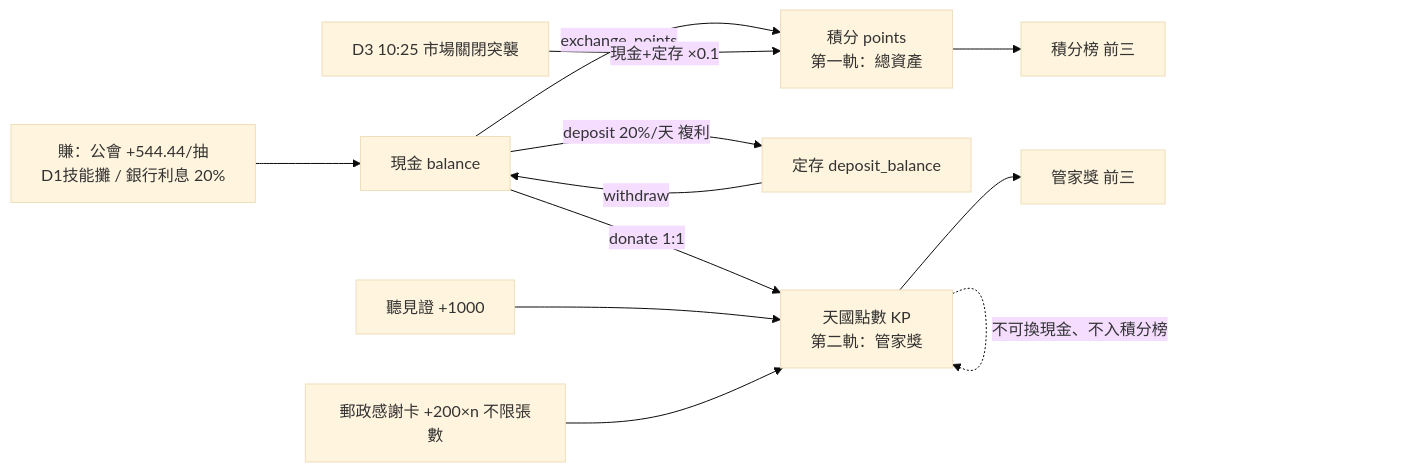
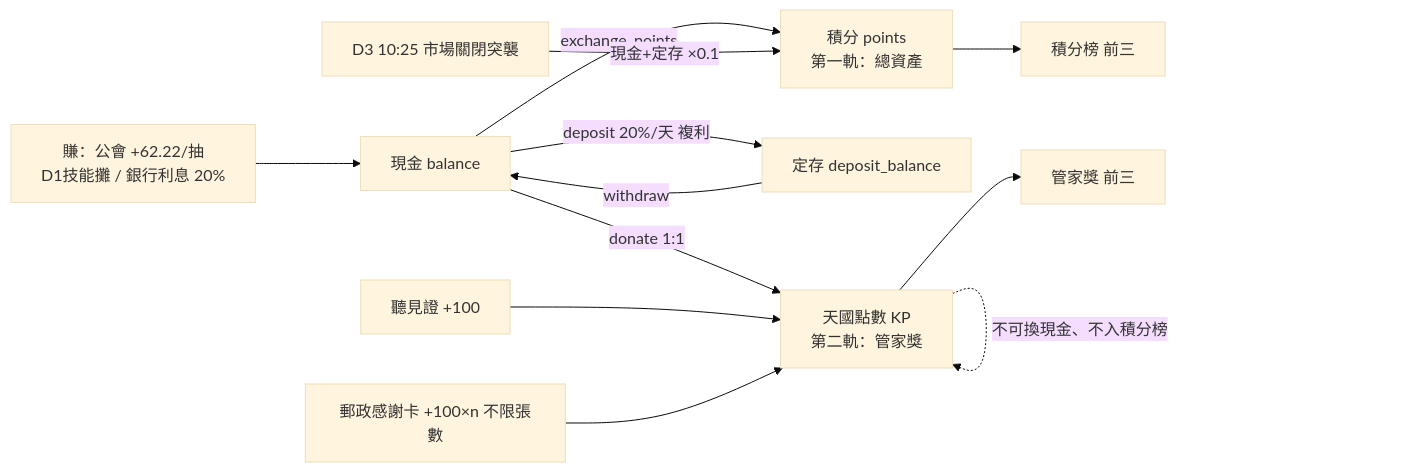
Before and after one commit to mushding/2026-bilingual-camp-little-market: the second of 7 diagrams in docs/app/33-架構與部署.md, drawn with Mermaid (base theme). The commit also changed other lines of this file and 26 other files, not shown here.

````diff
--- a/docs/app/33-架構與部署.md
+++ b/docs/app/33-架構與部署.md
@@ -49,16 +49,16 @@
 ```mermaid
 flowchart LR
-  Earn[賺：公會 +544.44/抽<br/>D1技能攤 / 銀行利息 20%] --> Cash[現金 balance]
+  Earn[賺：公會 +62.22/抽<br/>D1技能攤 / 銀行利息 20%] --> Cash[現金 balance]
   Cash -->|exchange_points| PT[積分 points<br/>第一軌：總資產]
   Cash -->|deposit 20%/天 複利| DEP[定存 deposit_balance]
   DEP -->|withdraw| Cash
   Cash -->|donate 1:1| KP[天國點數 KP<br/>第二軌：管家獎]
-  Wit[聽見證 +1000] --> KP
-  Mail[郵政感謝卡 +200×n 不限張數] --> KP
+  Wit[聽見證 +100] --> KP
+  Mail[郵政感謝卡 +100×n 不限張數] --> KP
 
   Close["D3 10:25 市場關閉突襲"] -->|"現金+定存 ×0.1"| PT
   KP -. 不可換現金、不入積分榜 .-> KP
 
   PT --> Rank1[積分榜 前三]
   KP --> Rank2[管家獎 前三]
 ```
````
